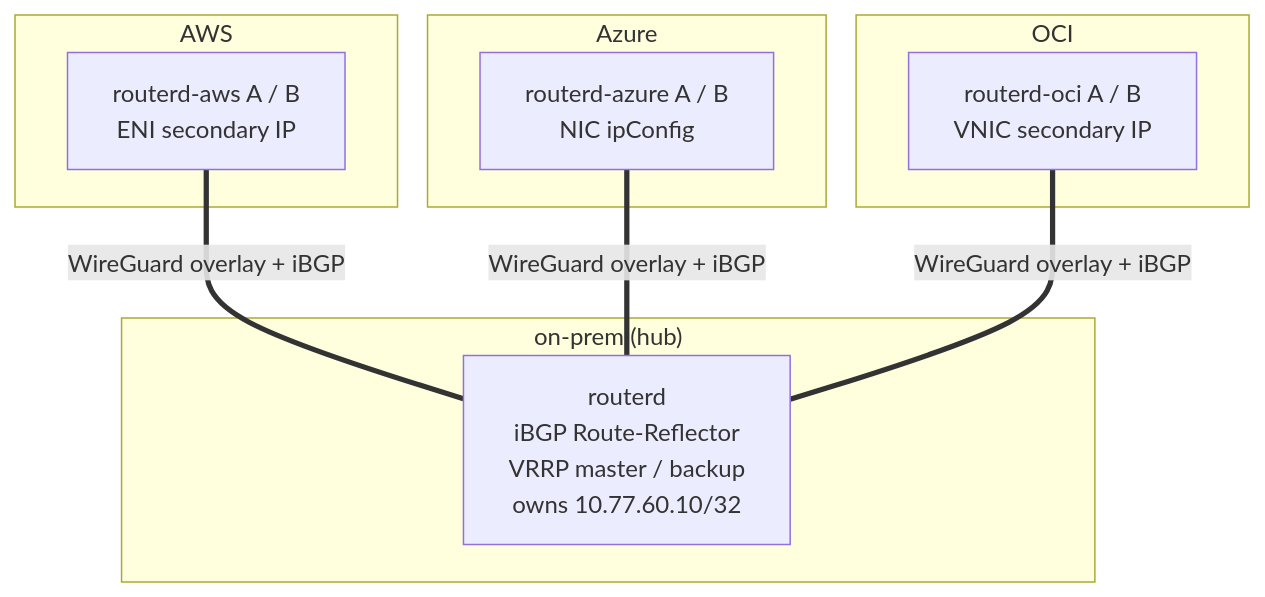
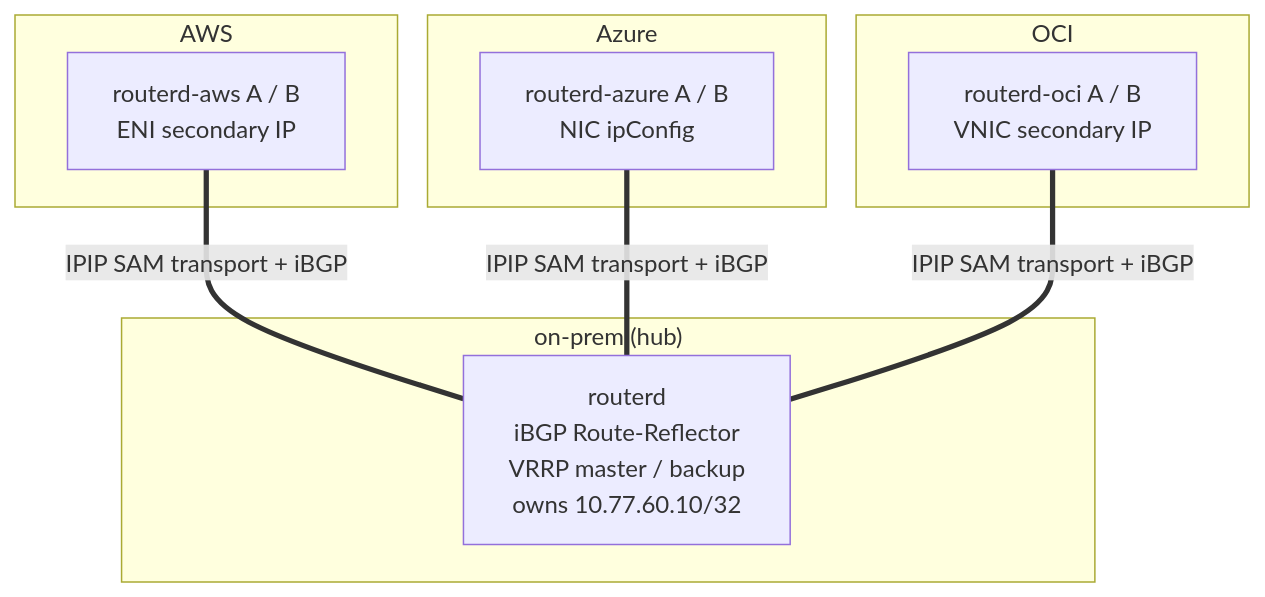
The first of 5 diagrams in docs/explainer/cloudedge-sam-phase-g.md (imksoo/routerd), drawn with Mermaid before and after one commit. The commit also changed other lines of this file and 50 other files, not shown here.

````diff
--- a/docs/explainer/cloudedge-sam-phase-g.md
+++ b/docs/explainer/cloudedge-sam-phase-g.md
@@ -28,18 +29,18 @@
 ```mermaid
 graph TB
   subgraph onprem["on-prem (hub)"]
     RR["routerd<br/>iBGP Route-Reflector<br/>VRRP master / backup<br/>owns 10.77.60.10/32"]
   end
   subgraph aws["AWS"]
     AWSR["routerd-aws A / B<br/>ENI secondary IP"]
   end
   subgraph azure["Azure"]
     AZR["routerd-azure A / B<br/>NIC ipConfig"]
   end
   subgraph oci["OCI"]
     OCIR["routerd-oci A / B<br/>VNIC secondary IP"]
   end
-  AWSR ===|"WireGuard overlay + iBGP"| RR
-  AZR  ===|"WireGuard overlay + iBGP"| RR
-  OCIR ===|"WireGuard overlay + iBGP"| RR
+  AWSR ===|"IPIP SAM transport + iBGP"| RR
+  AZR  ===|"IPIP SAM transport + iBGP"| RR
+  OCIR ===|"IPIP SAM transport + iBGP"| RR
 ```
````
